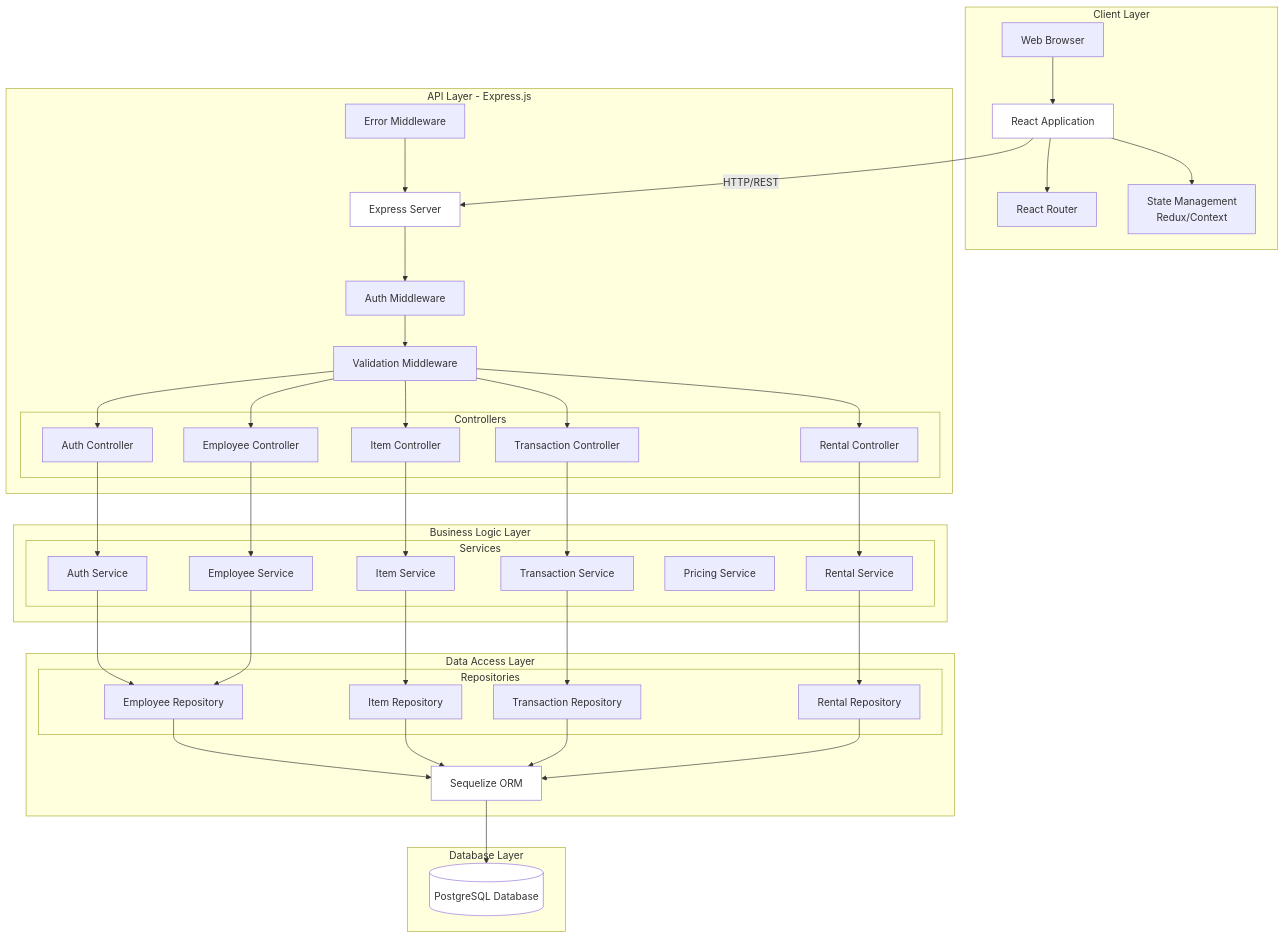
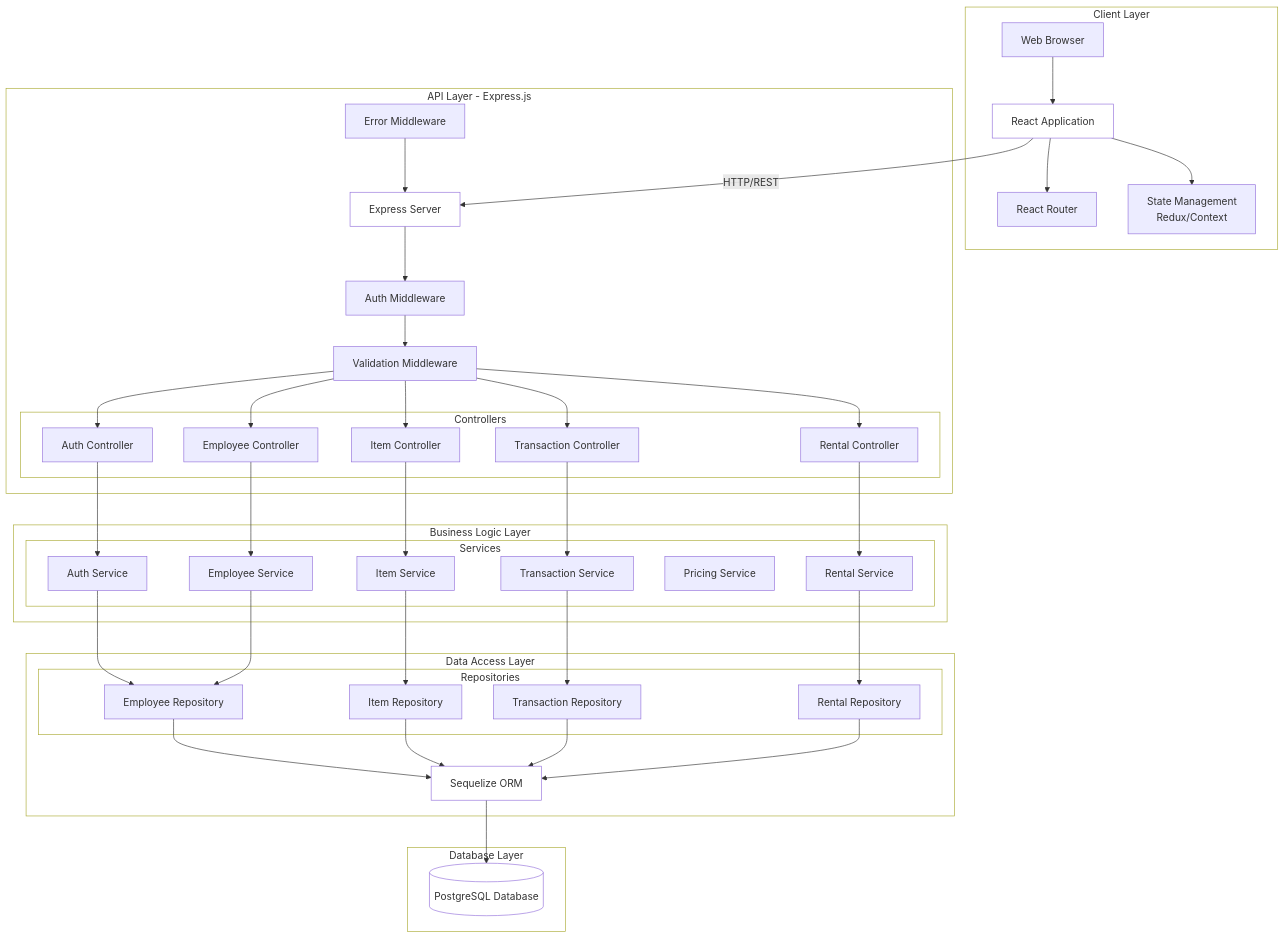
The third of 23 diagrams in legacy/DIAGRAMS.md (MasterOz786/Re-Engineering-POS), drawn with Mermaid before and after one commit. The commit also changed other lines of this file, not shown here.

Commit message:
Add white background styles to all subgraphs in diagrams

````diff
--- a/legacy/DIAGRAMS.md
+++ b/legacy/DIAGRAMS.md
@@ -142,19 +149,19 @@
 ```mermaid
 graph TB
-    subgraph "Client Layer"
+    subgraph INIT8["Client Layer"]
         Browser[Web Browser]
         React[React Application]
         Router[React Router]
         State[State Management<br/>Redux/Context]
     end
     
-    subgraph "API Layer - Express.js"
+    subgraph INIT9["API Layer - Express.js"]
         API[Express Server]
         AuthMW[Auth Middleware]
         ValidMW[Validation Middleware]
         ErrorMW[Error Middleware]
         
-        subgraph "Controllers"
+        subgraph INIT10["Controllers"]
             AuthCtrl[Auth Controller]
             ItemCtrl[Item Controller]
             TransCtrl[Transaction Controller]
@@ -163,8 +170,8 @@
         end
     end
     
-    subgraph "Business Logic Layer"
-        subgraph "Services"
+    subgraph INIT11["Business Logic Layer"]
+        subgraph INIT12["Services"]
             AuthSvc[Auth Service]
             ItemSvc[Item Service]
             TransSvc[Transaction Service]
@@ -174,8 +181,8 @@
         end
     end
     
-    subgraph "Data Access Layer"
-        subgraph "Repositories"
+    subgraph INIT13["Data Access Layer"]
+        subgraph INIT14["Repositories"]
             EmpRepo[Employee Repository]
             ItemRepo[Item Repository]
             TransRepo[Transaction Repository]
@@ -184,7 +191,7 @@
         ORM[Sequelize ORM]
     end
     
-    subgraph "Database Layer"
+    subgraph INIT15["Database Layer"]
         PostgreSQL[(PostgreSQL Database)]
     end
     
@@ -226,4 +233,12 @@
     style API fill:#ffffff
     style PostgreSQL fill:#ffffff
     style ORM fill:#ffffff
+    style INIT8 fill:#ffffff
+    style INIT9 fill:#ffffff
+    style INIT10 fill:#ffffff
+    style INIT11 fill:#ffffff
+    style INIT12 fill:#ffffff
+    style INIT13 fill:#ffffff
+    style INIT14 fill:#ffffff
+    style INIT15 fill:#ffffff
 ```
````
